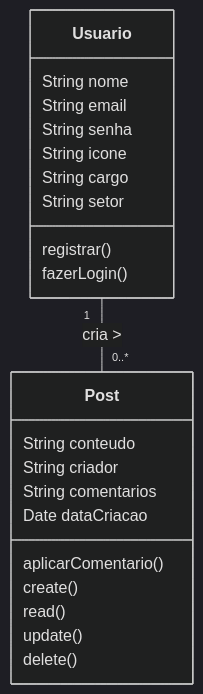
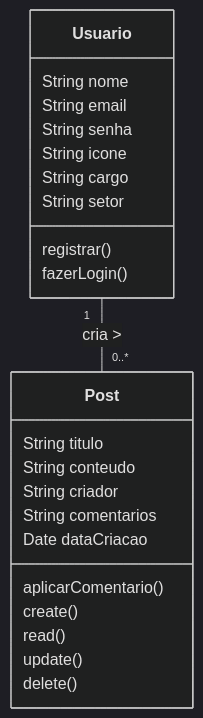
Before and after one commit to rafaelmoura23/plataforma_aulas-react: the first of 2 diagrams in README.md, drawn with Mermaid (dark theme).

````diff
--- a/README.md
+++ b/README.md
@@ -125,28 +125,29 @@
 ```mermaid
 
 classDiagram 
     class Usuario {
         String nome
         String email
         String senha
         String icone
         String cargo
         String setor
         registrar()
         fazerLogin()
     }
 
     class Post {
+        String titulo
         String conteudo
         String criador
         String comentarios
         Date dataCriacao
         aplicarComentario()
         create()
         read()
         update()
         delete()
     }
 
     Usuario "1" -- "0..*" Post : cria >
 ```
````
